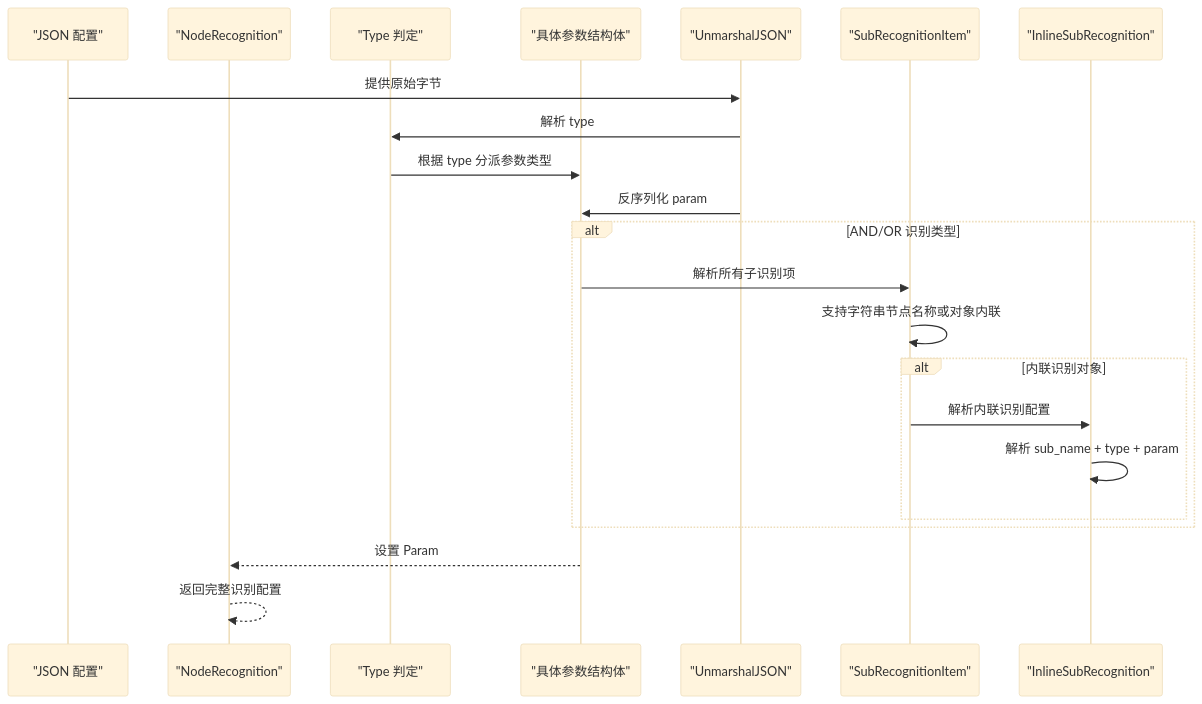
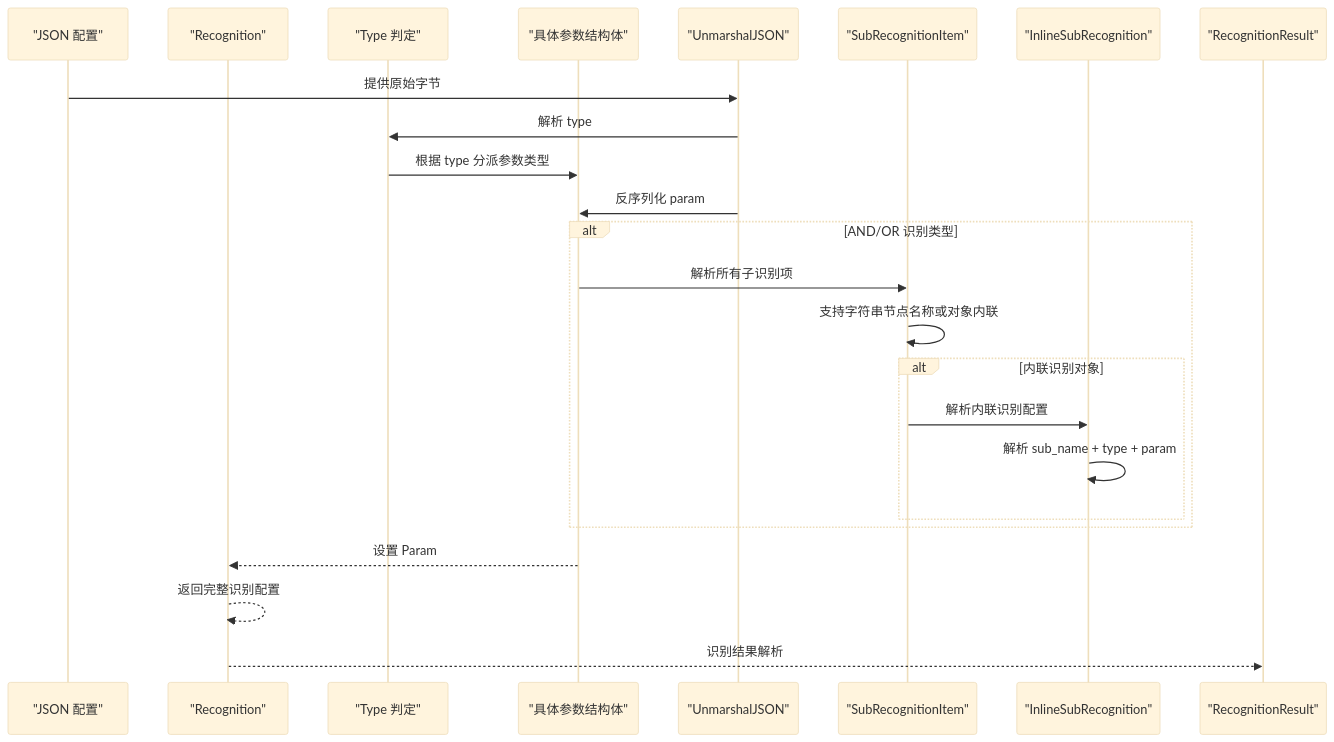
One commit to kqcoxn/MaaPipelineEditor changed the third of 4 diagrams in instructions/maafw-golang-binding/高级功能/流水线配置/节点结构详解/识别配置详解/识别配置详解.md. Above: the diagram before and after it, drawn with Mermaid (base theme). The commit also changed other lines of this file and 9 other files, not shown here.

````diff
--- a/instructions/maafw-golang-binding/高级功能/流水线配置/节点结构详解/识别配置详解/识别配置详解.md
+++ b/instructions/maafw-golang-binding/高级功能/流水线配置/节点结构详解/识别配置详解/识别配置详解.md
@@ -157,24 +174,26 @@
 ```mermaid
 sequenceDiagram
 participant JSON as "JSON 配置"
-participant NR as "NodeRecognition"
+participant NR as "Recognition"
 participant T as "Type 判定"
 participant P as "具体参数结构体"
 participant U as "UnmarshalJSON"
 participant SRI as "SubRecognitionItem"
 participant ISR as "InlineSubRecognition"
+participant RR as "RecognitionResult"
 JSON->>U : 提供原始字节
 U->>T : 解析 type
 T->>P : 根据 type 分派参数类型
 U->>P : 反序列化 param
 alt AND/OR 识别类型
 P->>SRI : 解析所有子识别项
 SRI->>SRI : 支持字符串节点名称或对象内联
 alt 内联识别对象
 SRI->>ISR : 解析内联识别配置
 ISR->>ISR : 解析 sub_name + type + param
 end
 end
 P-->>NR : 设置 Param
 NR-->>NR : 返回完整识别配置
+NR-->>RR : 识别结果解析
 ```
````
